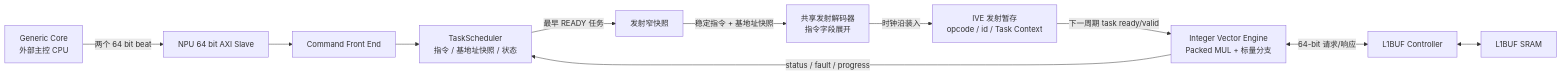
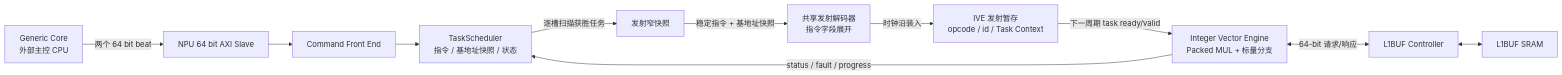
One commit to Little-W/Obsidian changed the tenth of 21 diagrams in NPU/NPU 指令与硬件架构设计 Spec.md. Above: the diagram before and after it, drawn with Mermaid. The commit also changed other lines of this file and 9 other files, not shown here.

````diff
--- a/NPU/NPU 指令与硬件架构设计 Spec.md
+++ b/NPU/NPU 指令与硬件架构设计 Spec.md
@@ -3198,24 +3232,24 @@
 ```mermaid
 flowchart LR
     GC["Generic Core<br/>外部主控 CPU"]
     AXIS["NPU 64 bit AXI Slave"]
     CFE["Command Front End"]
     TS["TaskScheduler<br/>指令 / 基地址快照 / 状态"]
     SNAP["发射窄快照"]
     DEC["共享发射解码器<br/>指令字段展开"]
     STG["IVE 发射暂存<br/>opcode / id / Task Context"]
     IVE["Integer Vector Engine<br/>Packed MUL + 标量分支"]
     L1C["L1BUF Controller"]
     L1["L1BUF SRAM"]
 
     GC -->|"两个 64 bit beat"| AXIS
     AXIS --> CFE
     CFE --> TS
-    TS -->|"最早 READY 任务"| SNAP
+    TS -->|"逐槽扫描获胜任务"| SNAP
     SNAP -->|"稳定指令 + 基地址快照"| DEC
     DEC -->|"时钟沿装入"| STG
     STG -->|"下一周期 task ready/valid"| IVE
     IVE <-->|"64-bit 请求/响应"| L1C
     L1C <--> L1
     IVE -->|"status / fault / progress"| TS
 ```
````
